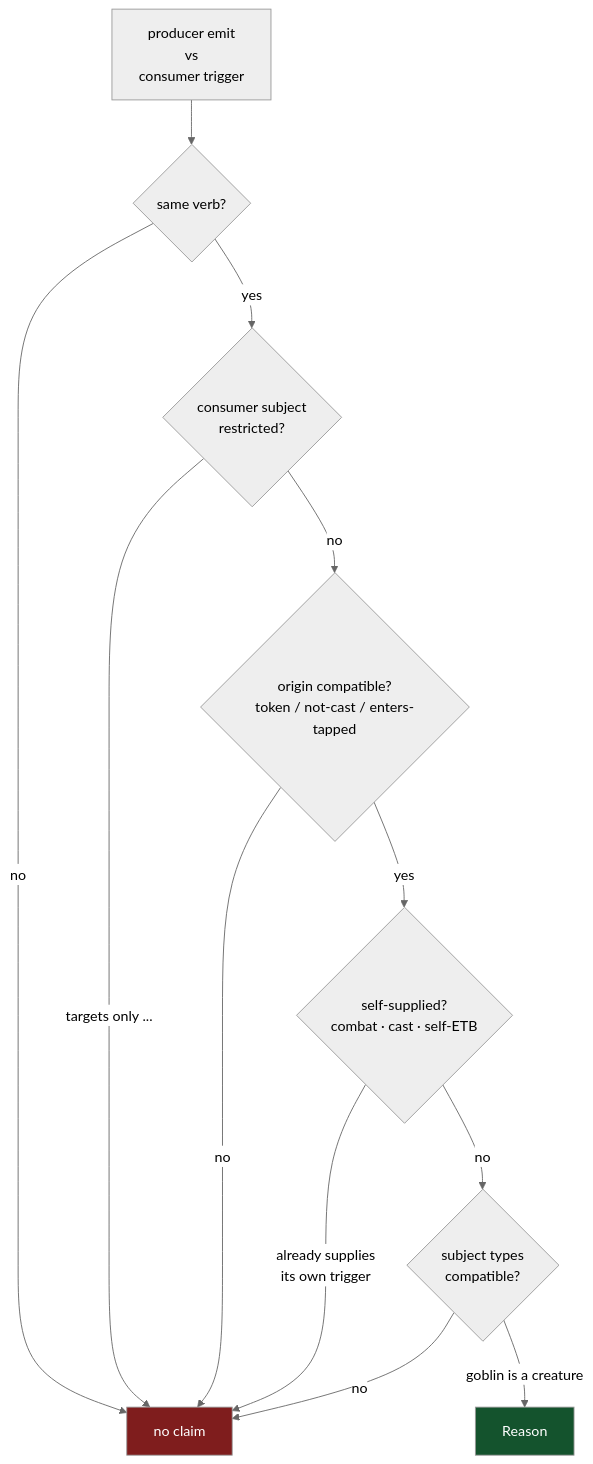
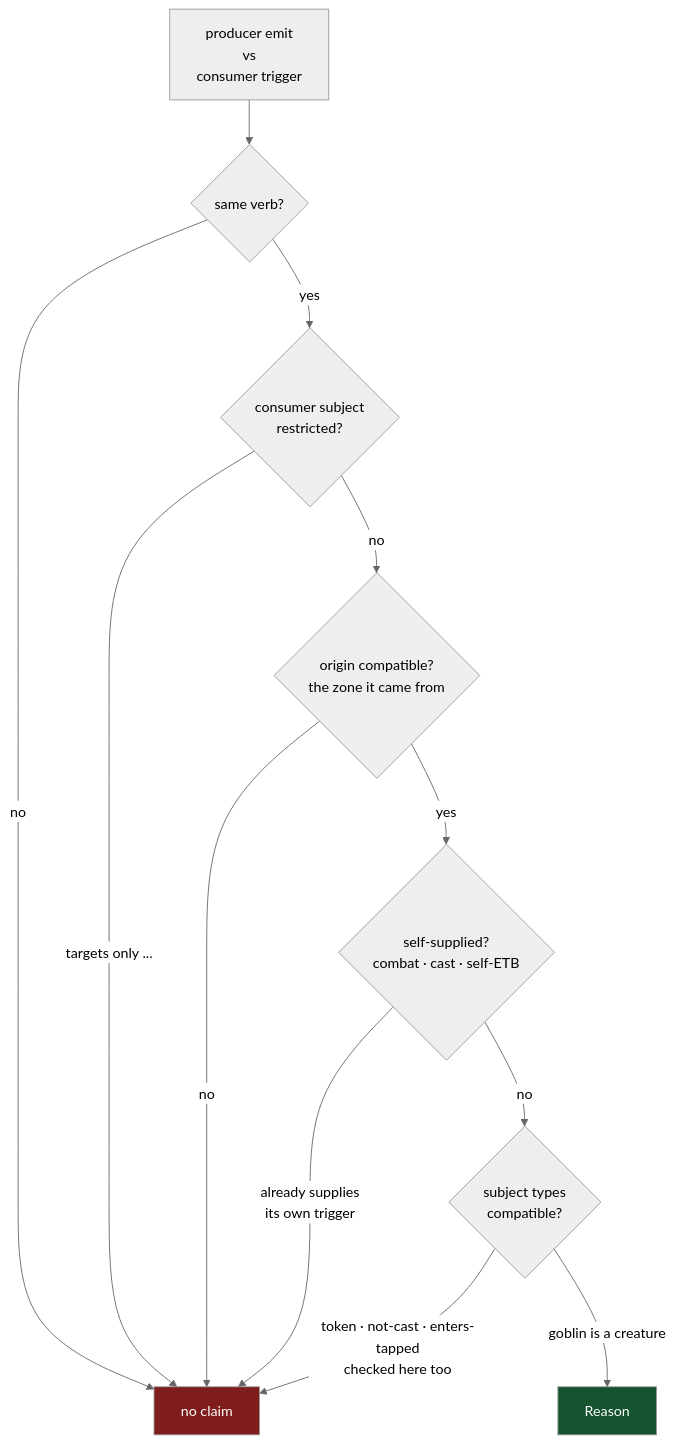
Before and after one commit to SetsudanHana/edh-seer: the second of 4 diagrams in docs/HOW-IT-WORKS.md, drawn with Mermaid (neutral theme). The commit also changed other lines of this file and 31 other files, not shown here.

````diff
--- a/docs/HOW-IT-WORKS.md
+++ b/docs/HOW-IT-WORKS.md
@@ -190,17 +196,17 @@
 ```mermaid
 flowchart TD
     S["producer emit<br/>vs<br/>consumer trigger"] --> V{same verb?}
     V -->|no| N["no claim"]
     V -->|yes| R{"consumer subject<br/>restricted?"}
     R -->|"targets only ..."| N
-    R -->|no| O{"origin compatible?<br/>token / not-cast / enters-tapped"}
+    R -->|no| O{"origin compatible?<br/>the zone it came from"}
     O -->|no| N
     O -->|yes| G{"self-supplied?<br/>combat · cast · self-ETB"}
     G -->|"already supplies<br/>its own trigger"| N
     G -->|no| T{"subject types<br/>compatible?"}
     T -->|"goblin is a creature"| Y["Reason"]
-    T -->|no| N
+    T -->|"token · not-cast · enters-tapped<br/>checked here too"| N
 
     style Y fill:#14532d,color:#fff
     style N fill:#7f1d1d,color:#fff
 ```
````
